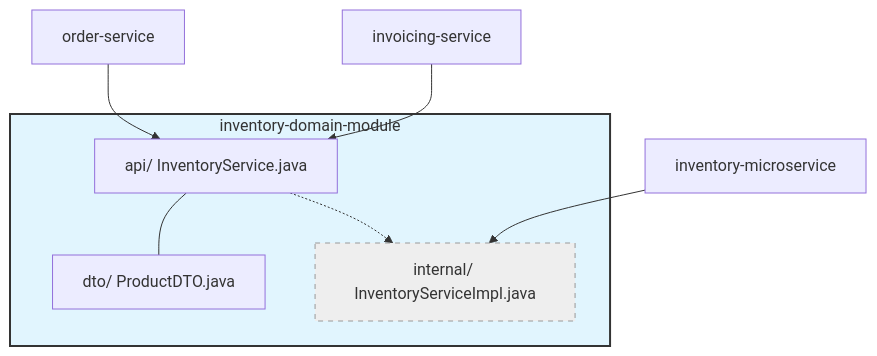
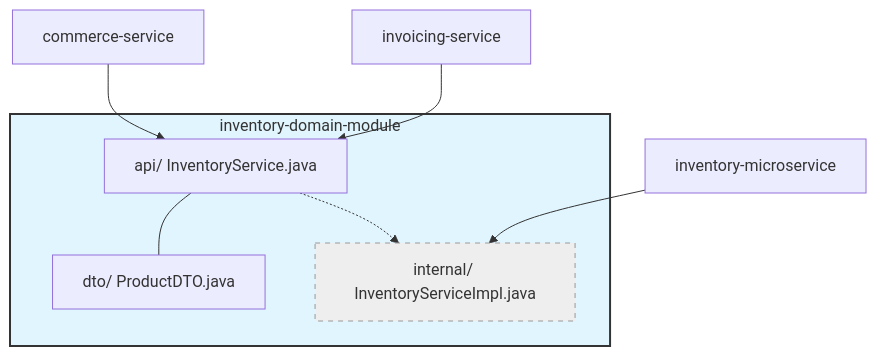
One commit to rodrgz/quarkus-modular-monolith changed the third of 4 diagrams in README.md. Above: the diagram before and after it, drawn with Mermaid. The commit also changed other lines of this file and 55 other files, not shown here.

````diff
--- a/README.md
+++ b/README.md
@@ -117,19 +117,19 @@
 ```mermaid
 graph TD
     subgraph IDM[inventory-domain-module]
         style IDM fill:#e1f5fe,stroke:#333,stroke-width:2px
         
         API[api/ InventoryService.java]
         DTO[dto/ ProductDTO.java]
         INT[internal/ InventoryServiceImpl.java]
         
         API --- DTO
         API -.-> INT
     end
 
-    OS[order-service] --> API
+    CS[commerce-service] --> API
     IS[invoicing-service] --> API
     IM[inventory-microservice] --> INT
     
     style INT fill:#eee,stroke:#999,stroke-dasharray: 5 5
 ```
````
